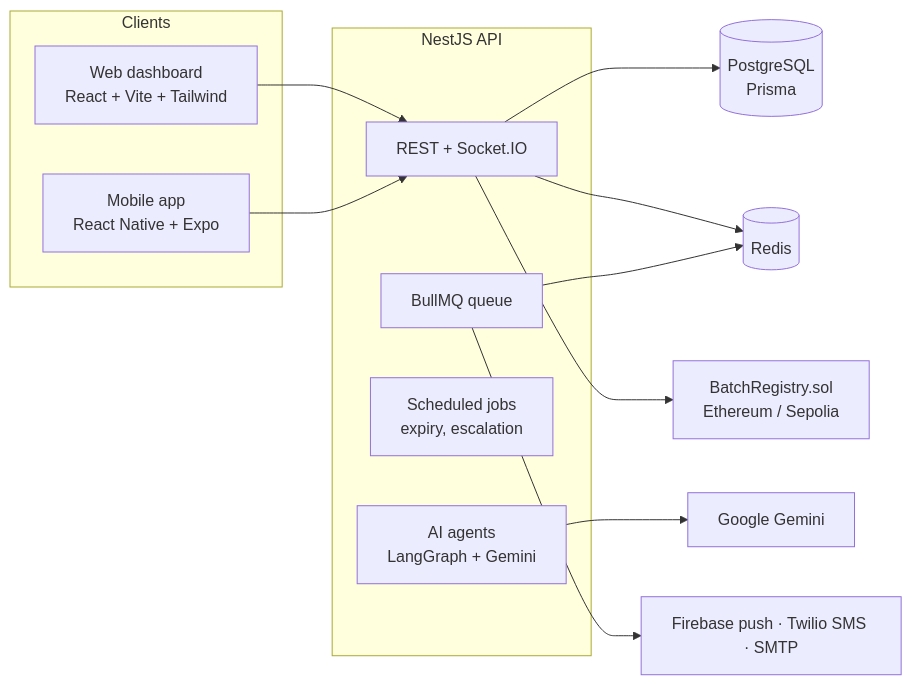
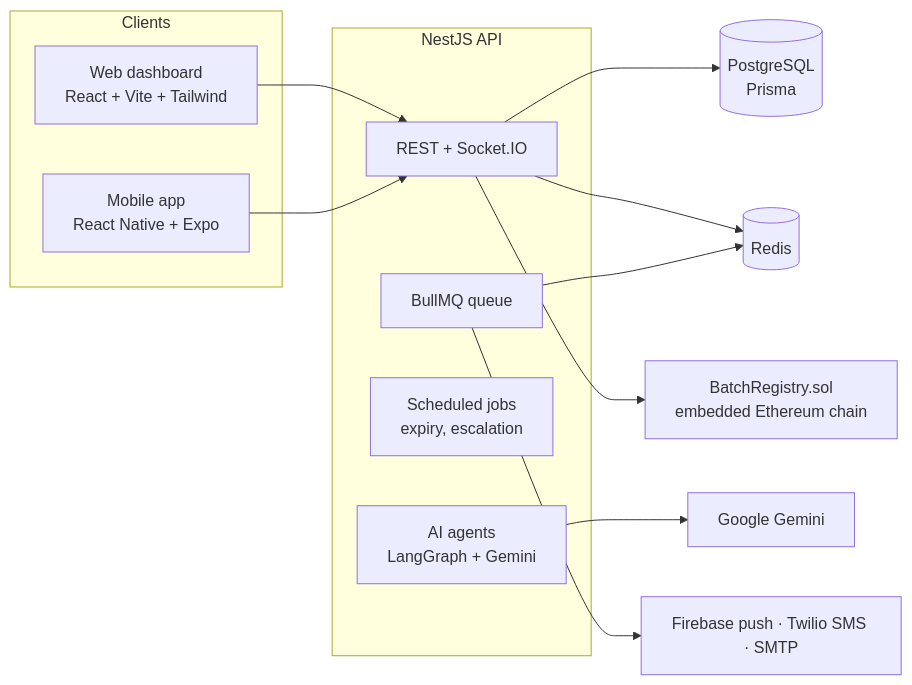
Before and after one commit to kalavalashivaharikowshik/pharmaguard-ai: the diagram in README.md, drawn with Mermaid. The commit also changed other lines of this file, not shown here.

````diff
--- a/README.md
+++ b/README.md
@@ -30,21 +58,21 @@
 ```mermaid
 flowchart LR
   subgraph Clients
     W[Web dashboard<br/>React + Vite + Tailwind]
     M[Mobile app<br/>React Native + Expo]
   end
   subgraph API[NestJS API]
     A[REST + Socket.IO]
     AG[AI agents<br/>LangGraph + Gemini]
     J[Scheduled jobs<br/>expiry, escalation]
     Q[BullMQ queue]
   end
   W --> A
   M --> A
   A --> DB[(PostgreSQL<br/>Prisma)]
   A --> R[(Redis)]
   Q --> R
-  A --> BC[BatchRegistry.sol<br/>Ethereum / Sepolia]
+  A --> BC[BatchRegistry.sol<br/>embedded Ethereum chain]
   AG --> G[Google Gemini]
   Q --> N[Firebase push · Twilio SMS · SMTP]
 ```
````
